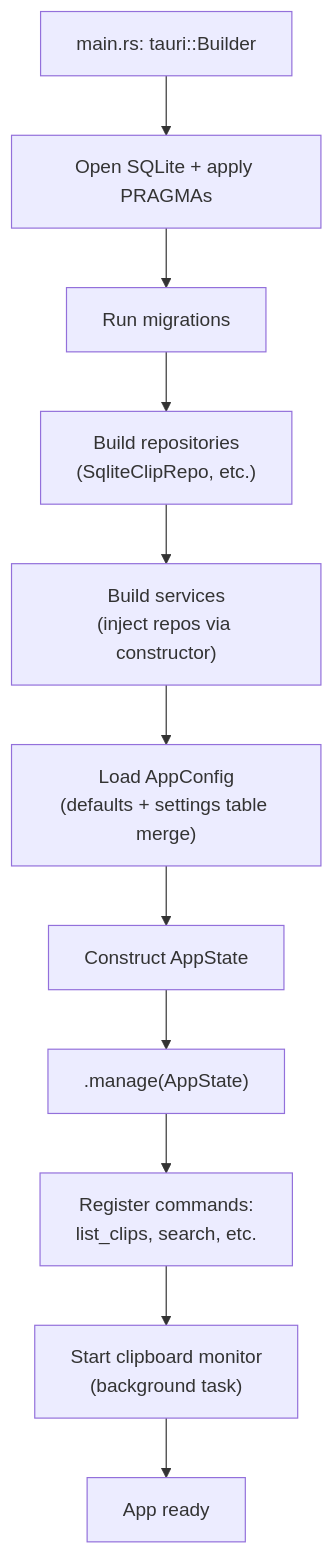
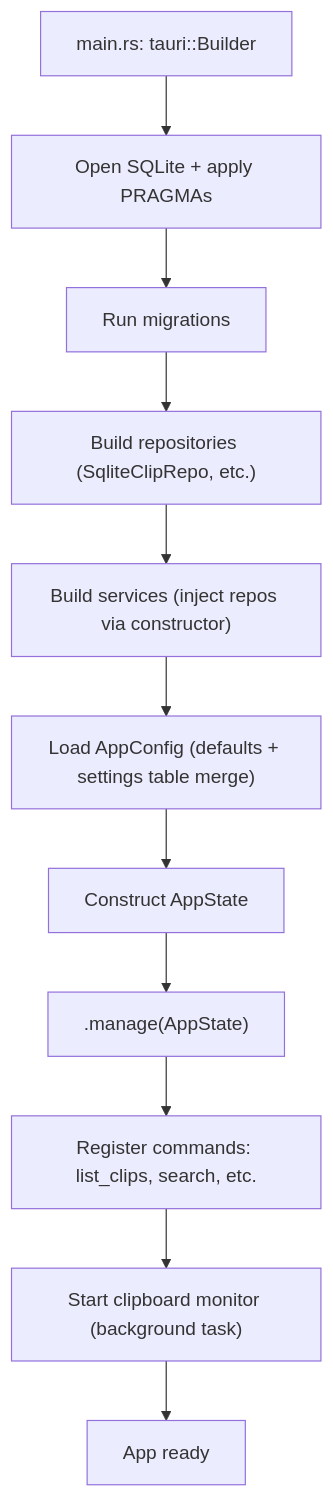
The seventh of 7 diagrams in docs/architecture/02_ARCHITECTURE.md (sanromarth/ornas), drawn with Mermaid before and after one commit. The commit also changed other lines of this file and 253 other files, not shown here.

````diff
--- a/docs/architecture/02_ARCHITECTURE.md
+++ b/docs/architecture/02_ARCHITECTURE.md
@@ -234,13 +234,13 @@
 ```mermaid
 flowchart TD
     A["main.rs: tauri::Builder"] --> B["Open SQLite + apply PRAGMAs"]
     B --> C["Run migrations"]
-    C --> D["Build repositories<br/>(SqliteClipRepo, etc.)"]
-    D --> E["Build services<br/>(inject repos via constructor)"]
-    E --> F["Load AppConfig<br/>(defaults + settings table merge)"]
+    C --> D["Build repositories (SqliteClipRepo, etc.)"]
+    D --> E["Build services (inject repos via constructor)"]
+    E --> F["Load AppConfig (defaults + settings table merge)"]
     F --> G["Construct AppState"]
     G --> H[".manage(AppState)"]
-    H --> I["Register commands:<br/>list_clips, search, etc."]
-    I --> J["Start clipboard monitor<br/>(background task)"]
+    H --> I["Register commands: list_clips, search, etc."]
+    I --> J["Start clipboard monitor (background task)"]
     J --> K["App ready"]
 ```
````
